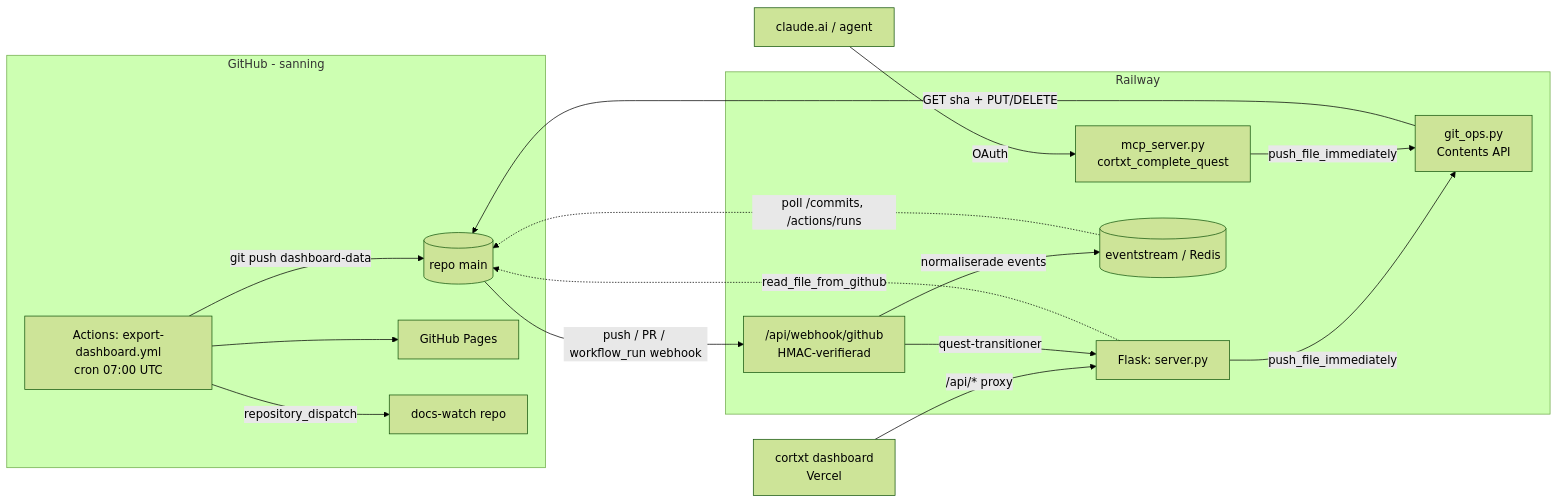
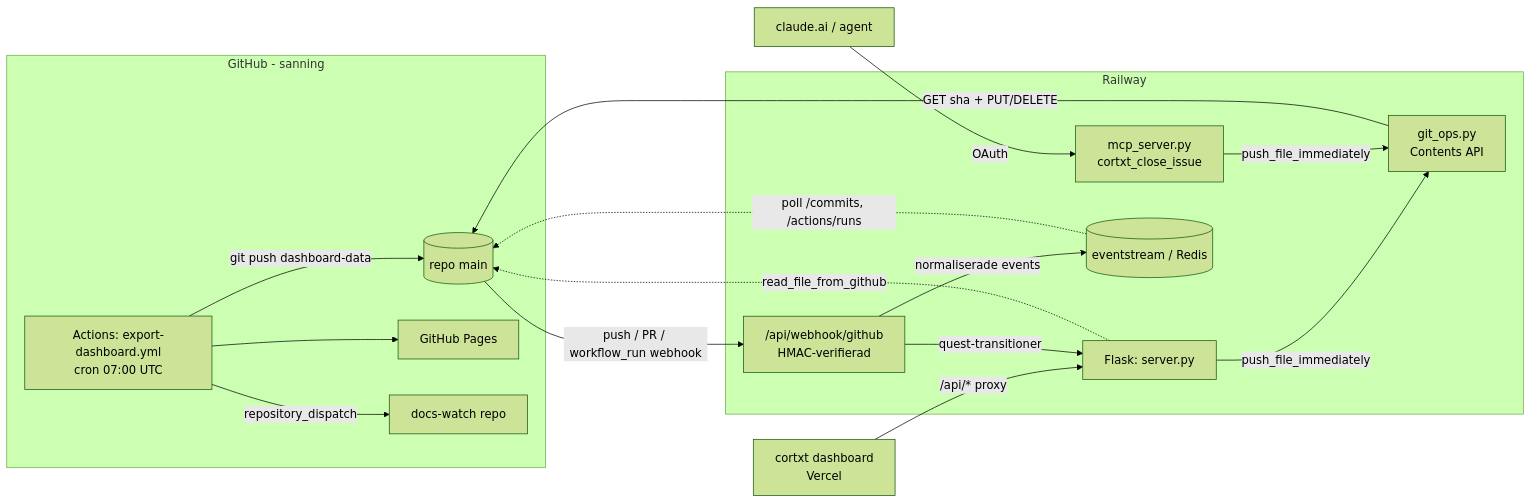
Before and after one commit to Cortxt-io/Project-CNS: the diagram in CLAUDE.md, drawn with Mermaid (forest theme). The commit also changed other lines of this file and 6 other files, not shown here.

````diff
--- a/CLAUDE.md
+++ b/CLAUDE.md
@@ -78,30 +79,30 @@
 ```mermaid
 flowchart LR
     subgraph GH[GitHub - sanning]
         REPO[(repo main)]
         ACT[Actions: export-dashboard.yml<br/>cron 07:00 UTC]
         PAGES[GitHub Pages]
         DW[docs-watch repo]
     end
     subgraph RW[Railway]
         FL[Flask: server.py]
         WH["/api/webhook/github<br/>HMAC-verifierad"]
-        MCP[mcp_server.py<br/>cortxt_complete_quest]
+        MCP[mcp_server.py<br/>cortxt_close_issue]
         GO[git_ops.py<br/>Contents API]
         ES[(eventstream / Redis)]
     end
     DASH[cortxt dashboard<br/>Vercel] -->|/api/* proxy| FL
     AGENT[claude.ai / agent] -->|OAuth| MCP
 
     REPO -->|push / PR / workflow_run webhook| WH
     WH -->|quest-transitioner| FL
     WH -->|normaliserade events| ES
     FL -->|push_file_immediately| GO
     MCP -->|push_file_immediately| GO
     GO -->|GET sha + PUT/DELETE| REPO
     ES -.->|poll /commits, /actions/runs| REPO
     FL -.->|read_file_from_github| REPO
     ACT -->|git push dashboard-data| REPO
     ACT --> PAGES
     ACT -->|repository_dispatch| DW
 ```
````
